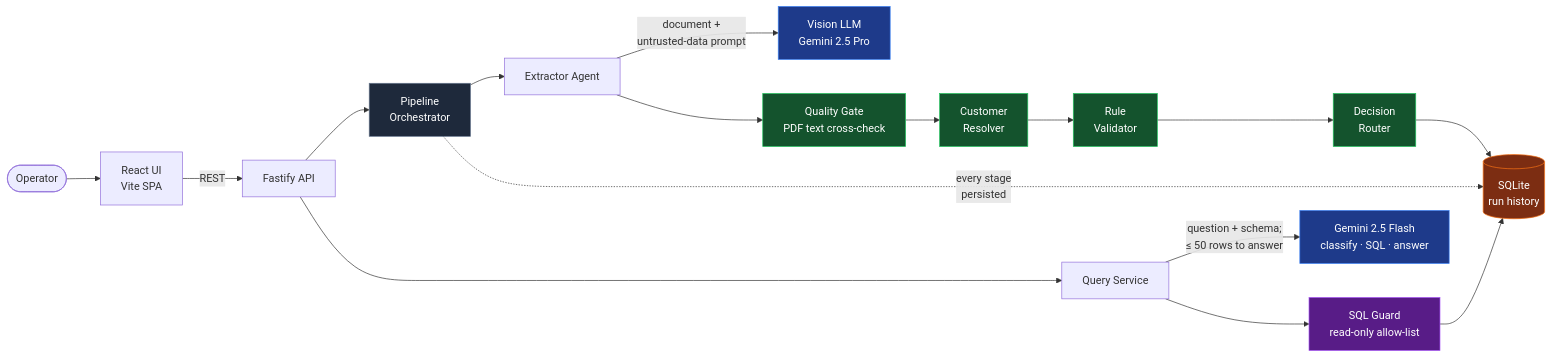
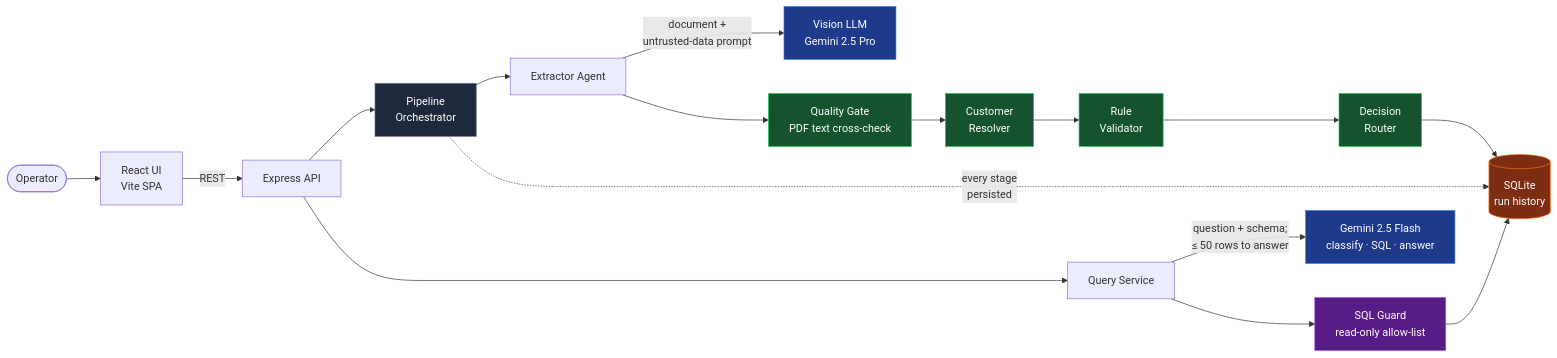
Before and after one commit to Dakshkweera/Go-Comet: the second of 4 diagrams in README.md, drawn with Mermaid. The commit also changed other lines of this file and 218 other files, not shown here.

````diff
--- a/README.md
+++ b/README.md
@@ -117,30 +117,30 @@
 ```mermaid
 graph LR
     U([Operator]) --> UI["React UI<br/>Vite SPA"]
-    UI -->|REST| API["Fastify API"]
+    UI -->|REST| API["Express API"]
 
     API --> ORC["Pipeline<br/>Orchestrator"]
     ORC --> EX["Extractor Agent"]
     EX -->|"document +<br/>untrusted-data prompt"| VLM["Vision LLM<br/>Gemini 2.5 Pro"]
     EX --> QG["Quality Gate<br/>PDF text cross-check"]
     QG --> CR["Customer<br/>Resolver"]
     CR --> VAL["Rule<br/>Validator"]
     VAL --> RT["Decision<br/>Router"]
     RT --> DB[("SQLite<br/>run history")]
     ORC -.->|"every stage<br/>persisted"| DB
 
     API --> QS["Query Service"]
     QS -->|"question + schema;<br/>≤ 50 rows to answer"| QLM["Gemini 2.5 Flash<br/>classify · SQL · answer"]
     QS --> GUARD["SQL Guard<br/>read-only allow-list"]
     GUARD --> DB
 
     style VLM fill:#1e3a8a,color:#fff,stroke:#3b82f6
     style QLM fill:#1e3a8a,color:#fff,stroke:#3b82f6
     style QG fill:#14532d,color:#fff,stroke:#22c55e
     style CR fill:#14532d,color:#fff,stroke:#22c55e
     style VAL fill:#14532d,color:#fff,stroke:#22c55e
     style RT fill:#14532d,color:#fff,stroke:#22c55e
     style GUARD fill:#581c87,color:#fff,stroke:#a855f7
     style DB fill:#7c2d12,color:#fff,stroke:#f97316
     style ORC fill:#1e293b,color:#fff,stroke:#64748b
 ```
````
